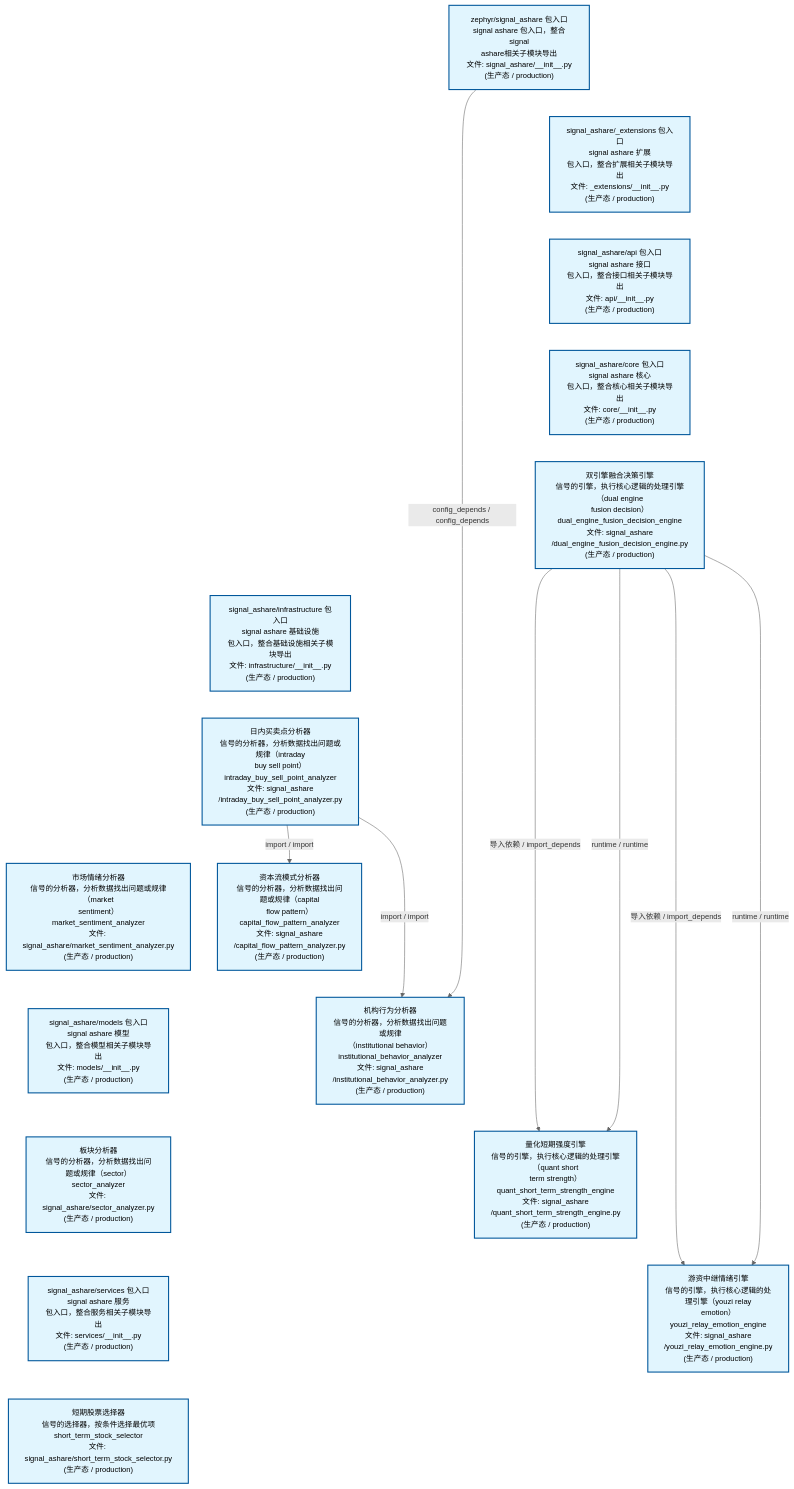
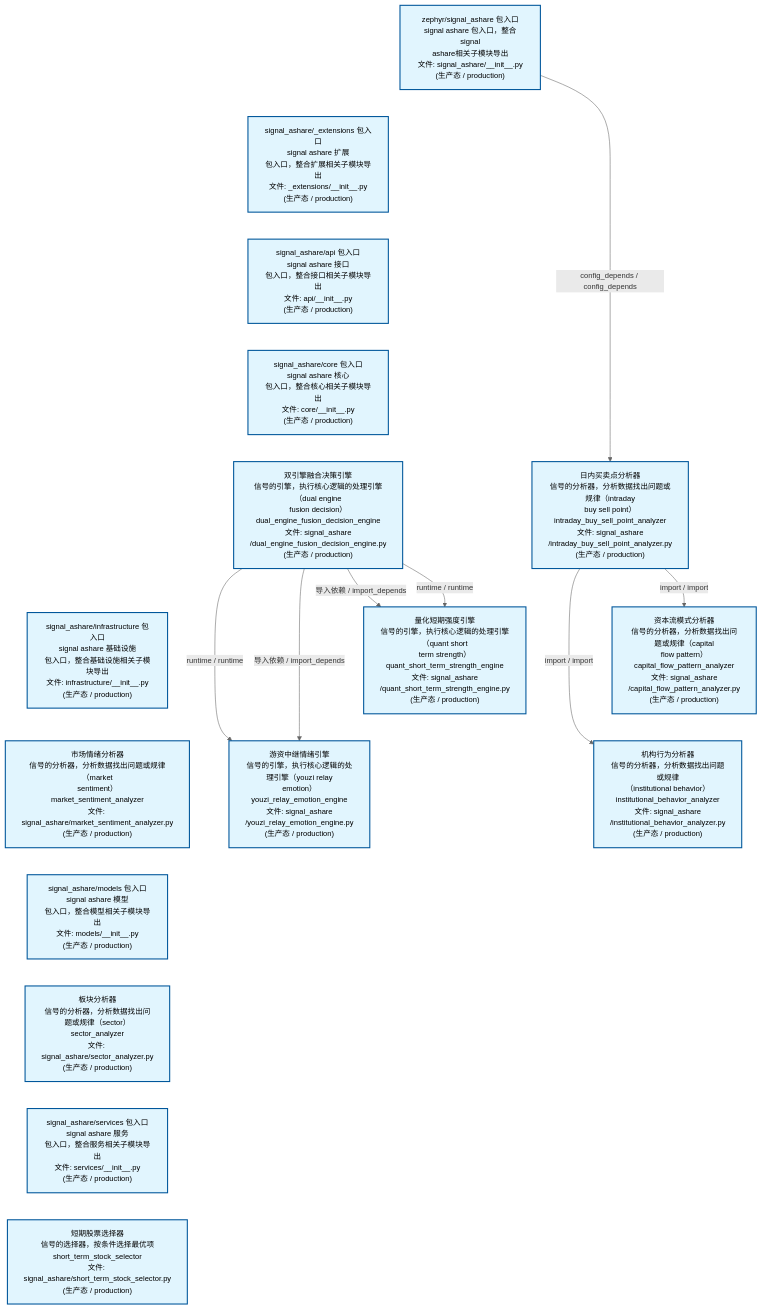
One commit to xuanFelixVan/ZephyrAlpha changed the second of 4 diagrams in docs/02_enterprise_architecture/02_domain_architecture_docs/32_d_ashare_signal.md. Above: the diagram before and after it, drawn with Mermaid. The commit also changed other lines of this file and 47 other files, not shown here.

````diff
--- a/docs/02_enterprise_architecture/02_domain_architecture_docs/32_d_ashare_signal.md
+++ b/docs/02_enterprise_architecture/02_domain_architecture_docs/32_d_ashare_signal.md
@@ -112,46 +111,45 @@
 ```mermaid
 %%{init: {'theme': 'base', 'themeVariables': {'primaryColor': '#eaeaea', 'primaryTextColor': '#333333', 'primaryBorderColor': '#666666', 'lineColor': '#666666', 'secondaryColor': '#eaeaea', 'tertiaryColor': '#eaeaea', 'fontSize': '14px'}}}%%
 flowchart TD
     src_zephyr_signal_ashare_init_py["zephyr/signal_ashare 包入口<br/>signal ashare 包入口，整合signal<br/>ashare相关子模块导出<br/>文件: signal_ashare/__init__.py<br/>(生产态 / production)"]
     src_zephyr_signal_ashare_extensions_init_py["signal_ashare/_extensions 包入口<br/>signal ashare 扩展<br/>包入口，整合扩展相关子模块导出<br/>文件: _extensions/__init__.py<br/>(生产态 / production)"]
     src_zephyr_signal_ashare_api_init_py["signal_ashare/api 包入口<br/>signal ashare 接口<br/>包入口，整合接口相关子模块导出<br/>文件: api/__init__.py<br/>(生产态 / production)"]
     src_zephyr_signal_ashare_core_init_py["signal_ashare/core 包入口<br/>signal ashare 核心<br/>包入口，整合核心相关子模块导出<br/>文件: core/__init__.py<br/>(生产态 / production)"]
     src_zephyr_signal_ashare_dual_engine_fusion_decision_engine_py["双引擎融合决策引擎<br/>信号的引擎，执行核心逻辑的处理引擎（dual engine<br/>fusion decision）<br/>dual_engine_fusion_decision_engine<br/>文件: signal_ashare<br/>/dual_engine_fusion_decision_engine.py<br/>(生产态 / production)"]
     src_zephyr_signal_ashare_infrastructure_init_py["signal_ashare/infrastructure 包入口<br/>signal ashare 基础设施<br/>包入口，整合基础设施相关子模块导出<br/>文件: infrastructure/__init__.py<br/>(生产态 / production)"]
-    src_zephyr_signal_ashare_intraday_buy_sell_point_analyzer_py["日内买卖点分析器<br/>信号的分析器，分析数据找出问题或规律（intraday<br/>buy sell point）<br/>intraday_buy_sell_point_analyzer<br/>文件: signal_ashare<br/>/intraday_buy_sell_point_analyzer.py<br/>(生产态 / production)"]
     src_zephyr_signal_ashare_market_sentiment_analyzer_py["市场情绪分析器<br/>信号的分析器，分析数据找出问题或规律（market<br/>sentiment）<br/>market_sentiment_analyzer<br/>文件: signal_ashare/market_sentiment_analyzer.py<br/>(生产态 / production)"]
     src_zephyr_signal_ashare_models_init_py["signal_ashare/models 包入口<br/>signal ashare 模型<br/>包入口，整合模型相关子模块导出<br/>文件: models/__init__.py<br/>(生产态 / production)"]
     src_zephyr_signal_ashare_sector_analyzer_py["板块分析器<br/>信号的分析器，分析数据找出问题或规律（sector）<br/>sector_analyzer<br/>文件: signal_ashare/sector_analyzer.py<br/>(生产态 / production)"]
     src_zephyr_signal_ashare_services_init_py["signal_ashare/services 包入口<br/>signal ashare 服务<br/>包入口，整合服务相关子模块导出<br/>文件: services/__init__.py<br/>(生产态 / production)"]
     src_zephyr_signal_ashare_short_term_stock_selector_py["短期股票选择器<br/>信号的选择器，按条件选择最优项<br/>short_term_stock_selector<br/>文件: signal_ashare/short_term_stock_selector.py<br/>(生产态 / production)"]
     src_zephyr_signal_ashare_init_py ~~~ src_zephyr_signal_ashare_extensions_init_py
     src_zephyr_signal_ashare_extensions_init_py ~~~ src_zephyr_signal_ashare_api_init_py
     src_zephyr_signal_ashare_api_init_py ~~~ src_zephyr_signal_ashare_core_init_py
     src_zephyr_signal_ashare_core_init_py ~~~ src_zephyr_signal_ashare_dual_engine_fusion_decision_engine_py
     src_zephyr_signal_ashare_dual_engine_fusion_decision_engine_py ~~~ src_zephyr_signal_ashare_infrastructure_init_py
-    src_zephyr_signal_ashare_infrastructure_init_py ~~~ src_zephyr_signal_ashare_intraday_buy_sell_point_analyzer_py
-    src_zephyr_signal_ashare_intraday_buy_sell_point_analyzer_py ~~~ src_zephyr_signal_ashare_market_sentiment_analyzer_py
+    src_zephyr_signal_ashare_infrastructure_init_py ~~~ src_zephyr_signal_ashare_market_sentiment_analyzer_py
     src_zephyr_signal_ashare_market_sentiment_analyzer_py ~~~ src_zephyr_signal_ashare_models_init_py
     src_zephyr_signal_ashare_models_init_py ~~~ src_zephyr_signal_ashare_sector_analyzer_py
     src_zephyr_signal_ashare_sector_analyzer_py ~~~ src_zephyr_signal_ashare_services_init_py
     src_zephyr_signal_ashare_services_init_py ~~~ src_zephyr_signal_ashare_short_term_stock_selector_py
+    src_zephyr_signal_ashare_intraday_buy_sell_point_analyzer_py["日内买卖点分析器<br/>信号的分析器，分析数据找出问题或规律（intraday<br/>buy sell point）<br/>intraday_buy_sell_point_analyzer<br/>文件: signal_ashare<br/>/intraday_buy_sell_point_analyzer.py<br/>(生产态 / production)"]
+    src_zephyr_signal_ashare_quant_short_term_strength_engine_py["量化短期强度引擎<br/>信号的引擎，执行核心逻辑的处理引擎（quant short<br/>term strength）<br/>quant_short_term_strength_engine<br/>文件: signal_ashare<br/>/quant_short_term_strength_engine.py<br/>(生产态 / production)"]
+    src_zephyr_signal_ashare_youzi_relay_emotion_engine_py["游资中继情绪引擎<br/>信号的引擎，执行核心逻辑的处理引擎（youzi relay<br/>emotion）<br/>youzi_relay_emotion_engine<br/>文件: signal_ashare<br/>/youzi_relay_emotion_engine.py<br/>(生产态 / production)"]
+    src_zephyr_signal_ashare_intraday_buy_sell_point_analyzer_py ~~~ src_zephyr_signal_ashare_quant_short_term_strength_engine_py
+    src_zephyr_signal_ashare_quant_short_term_strength_engine_py ~~~ src_zephyr_signal_ashare_youzi_relay_emotion_engine_py
     src_zephyr_signal_ashare_capital_flow_pattern_analyzer_py["资本流模式分析器<br/>信号的分析器，分析数据找出问题或规律（capital<br/>flow pattern）<br/>capital_flow_pattern_analyzer<br/>文件: signal_ashare<br/>/capital_flow_pattern_analyzer.py<br/>(生产态 / production)"]
     src_zephyr_signal_ashare_institutional_behavior_analyzer_py["机构行为分析器<br/>信号的分析器，分析数据找出问题或规律<br/>（institutional behavior）<br/>institutional_behavior_analyzer<br/>文件: signal_ashare<br/>/institutional_behavior_analyzer.py<br/>(生产态 / production)"]
-    src_zephyr_signal_ashare_quant_short_term_strength_engine_py["量化短期强度引擎<br/>信号的引擎，执行核心逻辑的处理引擎（quant short<br/>term strength）<br/>quant_short_term_strength_engine<br/>文件: signal_ashare<br/>/quant_short_term_strength_engine.py<br/>(生产态 / production)"]
-    src_zephyr_signal_ashare_youzi_relay_emotion_engine_py["游资中继情绪引擎<br/>信号的引擎，执行核心逻辑的处理引擎（youzi relay<br/>emotion）<br/>youzi_relay_emotion_engine<br/>文件: signal_ashare<br/>/youzi_relay_emotion_engine.py<br/>(生产态 / production)"]
     src_zephyr_signal_ashare_capital_flow_pattern_analyzer_py ~~~ src_zephyr_signal_ashare_institutional_behavior_analyzer_py
-    src_zephyr_signal_ashare_institutional_behavior_analyzer_py ~~~ src_zephyr_signal_ashare_quant_short_term_strength_engine_py
-    src_zephyr_signal_ashare_quant_short_term_strength_engine_py ~~~ src_zephyr_signal_ashare_youzi_relay_emotion_engine_py
+    src_zephyr_signal_ashare_intraday_buy_sell_point_analyzer_py -->|import / import| src_zephyr_signal_ashare_capital_flow_pattern_analyzer_py
+    src_zephyr_signal_ashare_intraday_buy_sell_point_analyzer_py -->|import / import| src_zephyr_signal_ashare_institutional_behavior_analyzer_py
+    src_zephyr_signal_ashare_dual_engine_fusion_decision_engine_py -->|runtime / runtime| src_zephyr_signal_ashare_quant_short_term_strength_engine_py
+    src_zephyr_signal_ashare_dual_engine_fusion_decision_engine_py -->|导入依赖 / import_depends| src_zephyr_signal_ashare_quant_short_term_strength_engine_py
     src_zephyr_signal_ashare_dual_engine_fusion_decision_engine_py -->|导入依赖 / import_depends| src_zephyr_signal_ashare_youzi_relay_emotion_engine_py
     src_zephyr_signal_ashare_dual_engine_fusion_decision_engine_py -->|runtime / runtime| src_zephyr_signal_ashare_youzi_relay_emotion_engine_py
-    src_zephyr_signal_ashare_dual_engine_fusion_decision_engine_py -->|导入依赖 / import_depends| src_zephyr_signal_ashare_quant_short_term_strength_engine_py
-    src_zephyr_signal_ashare_dual_engine_fusion_decision_engine_py -->|runtime / runtime| src_zephyr_signal_ashare_quant_short_term_strength_engine_py
-    src_zephyr_signal_ashare_intraday_buy_sell_point_analyzer_py -->|import / import| src_zephyr_signal_ashare_institutional_behavior_analyzer_py
-    src_zephyr_signal_ashare_intraday_buy_sell_point_analyzer_py -->|import / import| src_zephyr_signal_ashare_capital_flow_pattern_analyzer_py
-    src_zephyr_signal_ashare_init_py -->|config_depends / config_depends| src_zephyr_signal_ashare_institutional_behavior_analyzer_py
+    src_zephyr_signal_ashare_init_py -->|config_depends / config_depends| src_zephyr_signal_ashare_intraday_buy_sell_point_analyzer_py
     classDef production fill:#e1f5fe,stroke:#01579b,stroke-width:2px,color:#000
     classDef design fill:#fff3e0,stroke:#e65100,stroke-width:2px,color:#000,stroke-dasharray: 5 5
     classDef external_prod fill:#e8f4fd,stroke:#0277bd,stroke-width:1px,color:#000
     classDef external_design fill:#fff8e7,stroke:#ef6c00,stroke-width:1px,color:#000,stroke-dasharray: 5 5
     class src_zephyr_signal_ashare_init_py,src_zephyr_signal_ashare_extensions_init_py,src_zephyr_signal_ashare_api_init_py,src_zephyr_signal_ashare_capital_flow_pattern_analyzer_py,src_zephyr_signal_ashare_core_init_py,src_zephyr_signal_ashare_dual_engine_fusion_decision_engine_py,src_zephyr_signal_ashare_infrastructure_init_py,src_zephyr_signal_ashare_institutional_behavior_analyzer_py,src_zephyr_signal_ashare_intraday_buy_sell_point_analyzer_py,src_zephyr_signal_ashare_market_sentiment_analyzer_py,src_zephyr_signal_ashare_models_init_py,src_zephyr_signal_ashare_quant_short_term_strength_engine_py,src_zephyr_signal_ashare_sector_analyzer_py,src_zephyr_signal_ashare_services_init_py,src_zephyr_signal_ashare_short_term_stock_selector_py,src_zephyr_signal_ashare_youzi_relay_emotion_engine_py production
 ```
````
